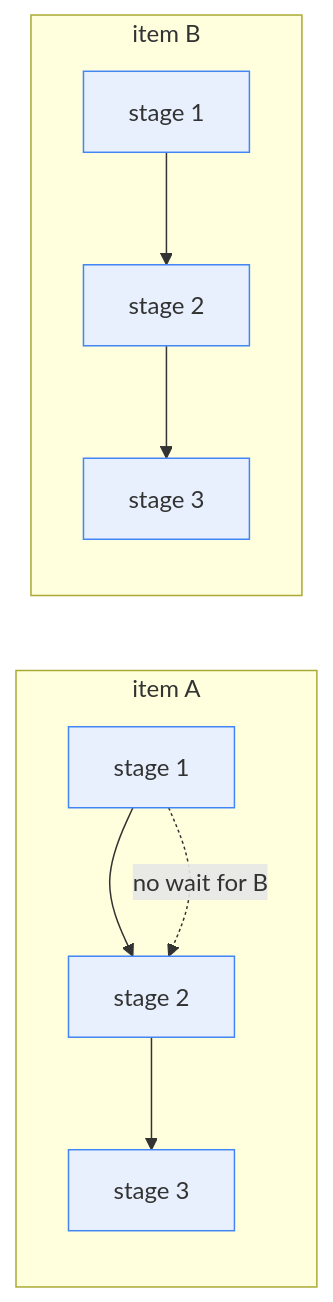
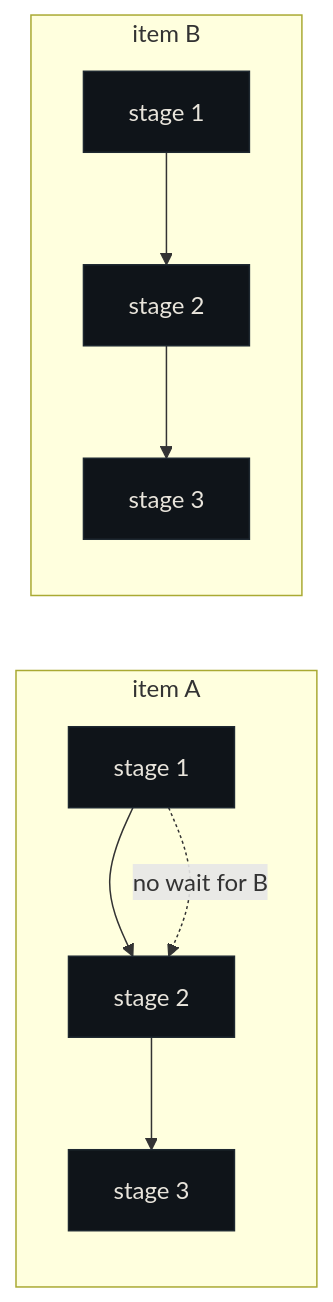
The third of 7 diagrams in src/content/docs/workflow-sdk.md (mpolatcan/mpolatcan.github.io), drawn with Mermaid before and after one commit. The commit also changed other lines of this file and 2 other files, not shown here.

Commit message:
fix: remove duplicate h1 titles and hardcoded diagram colors
Duplicate h1: DocLayout already renders doc.data.title as <h1> in the
article header. Each markdown doc also opened with '# Title' which
rendered a second identical h1 below. Removed the opening h1 from all
three docs.

Diagram colors: pipeline behavior diagram in SDK doc had
'classDef s fill:#e8f0fe,stroke:#4285f4' (Google Material light blue)
hardcoded, overriding the mermaid theme. Replaced with design tokens
(fill:#0F1419, stroke:#1E2830, color:#E8E4DB).

Claude-Session: https://claude.ai/code/session_01HJyogfqW8UkmNtgDAE3QWi

````diff
--- a/src/content/docs/workflow-sdk.md
+++ b/src/content/docs/workflow-sdk.md
@@ -235,12 +233,12 @@
 ```mermaid
 flowchart LR
     subgraph itemA[item A]
         A1[stage 1] --> A2[stage 2] --> A3[stage 3]
     end
     subgraph itemB[item B]
         B1[stage 1] --> B2[stage 2] --> B3[stage 3]
     end
     A1 -.no wait for B.-> A2
-    classDef s fill:#e8f0fe,stroke:#4285f4;
-    class A1,A2,A3,B1,B2,B3 s;
+    classDef s fill:#0F1419,stroke:#1E2830,color:#E8E4DB
+    class A1,A2,A3,B1,B2,B3 s
 ```
````
